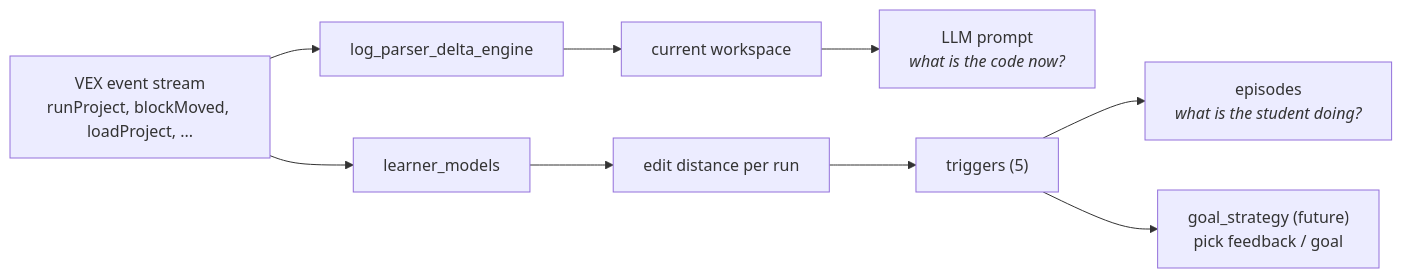
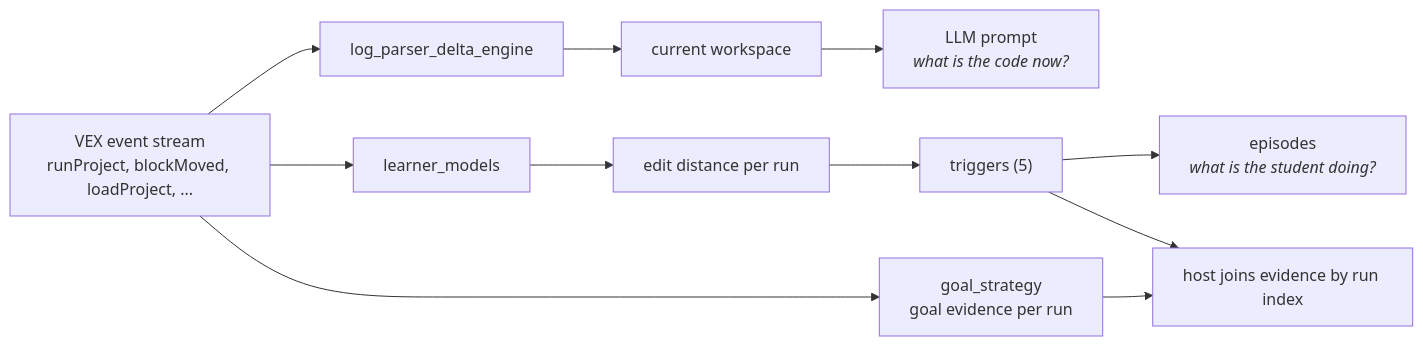
Before and after one commit to InviteInstitute/agent-lm-packages: the diagram in README.md, drawn with Mermaid. The commit also changed other lines of this file and 116 other files, not shown here.

````diff
--- a/README.md
+++ b/README.md
@@ -21,14 +21,16 @@
 ```mermaid
 flowchart LR
     A["VEX event stream<br/>runProject, blockMoved, loadProject, ..."] --> B[log_parser_delta_engine]
     A --> C[learner_models]
 
     B --> D[current workspace]
     D --> E["LLM prompt<br/><i>what is the code now?</i>"]
 
     C --> F[edit distance per run]
     F --> G["triggers (5)"]
     G --> H["episodes<br/><i>what is the student doing?</i>"]
 
-    G --> I["goal_strategy (future)<br/>pick feedback / goal"]
+    A --> I["goal_strategy<br/>goal evidence per run"]
+    I --> J["host joins evidence by run index"]
+    G --> J
 ```
````
